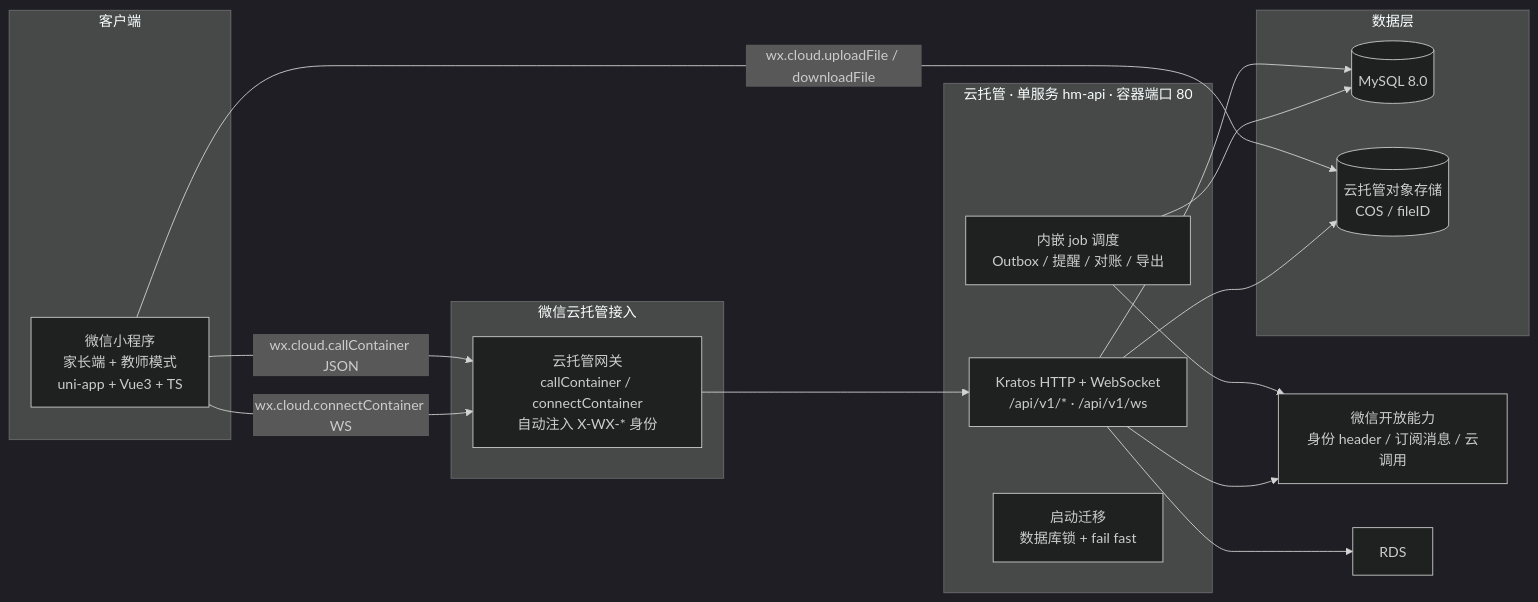
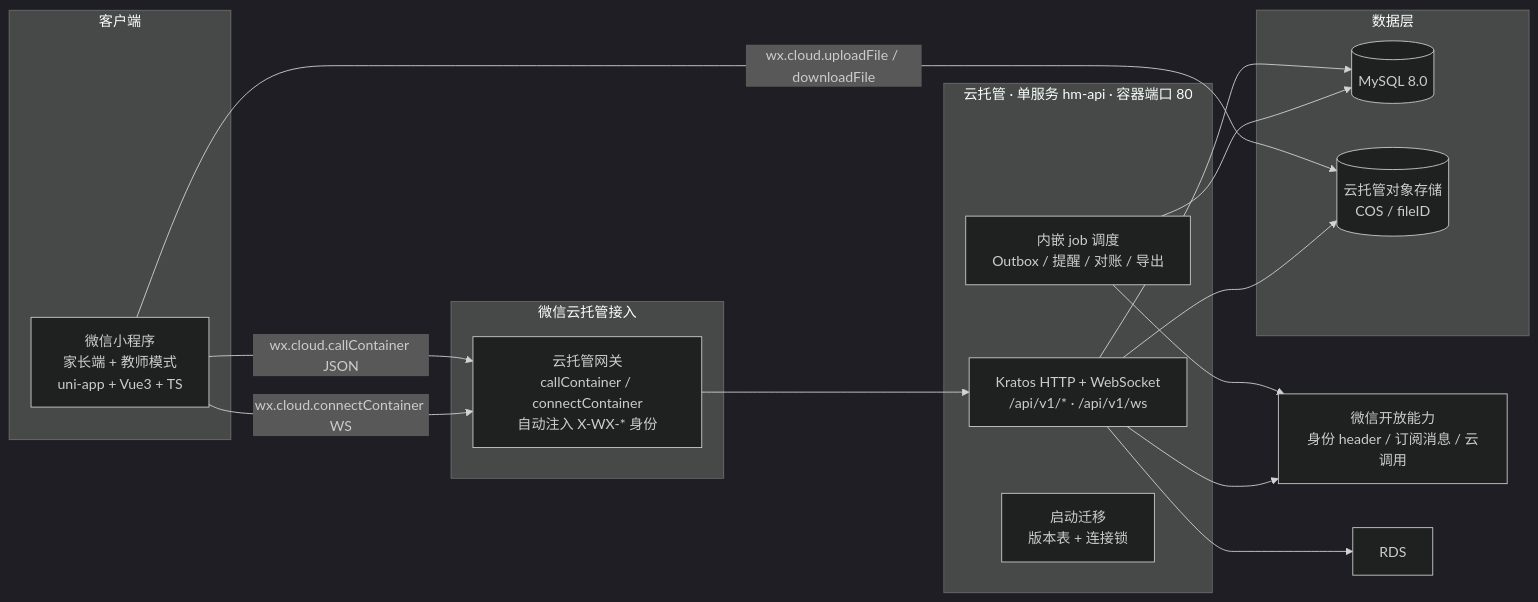
The diagram in README.md (bishop9910/HM-Lesson), drawn with Mermaid (dark theme) before and after one commit. The commit also changed other lines of this file and 35 other files, not shown here.

````diff
--- a/README.md
+++ b/README.md
@@ -25,34 +25,34 @@
 ```mermaid
 flowchart LR
   subgraph Client[客户端]
     MP[微信小程序<br/>家长端 + 教师模式<br/>uni-app + Vue3 + TS]
   end
 
   subgraph Edge[微信云托管接入]
     GW[云托管网关<br/>callContainer / connectContainer<br/>自动注入 X-WX-* 身份]
   end
 
   subgraph App[云托管 · 单服务 hm-api · 容器端口 80]
     API[Kratos HTTP + WebSocket<br/>/api/v1/* · /api/v1/ws]
     JOB[内嵌 job 调度<br/>Outbox / 提醒 / 对账 / 导出]
-    MIG[启动迁移<br/>数据库锁 + fail fast]
+    MIG[启动迁移<br/>版本表 + 连接锁]
   end
 
   subgraph Data[数据层]
     DB[(MySQL 8.0)]
     COS[(云托管对象存储<br/>COS / fileID)]
   end
 
   WX[微信开放能力<br/>身份 header / 订阅消息 / 云调用]
 
   MP -->|wx.cloud.callContainer JSON| GW
   MP -->|wx.cloud.connectContainer WS| GW
   MP -->|wx.cloud.uploadFile / downloadFile| COS
   GW --> API
   API --> DB
   API --> RDS
   API --> COS
   JOB --> DB
   JOB --> WX
   API --> WX
 ```
````
